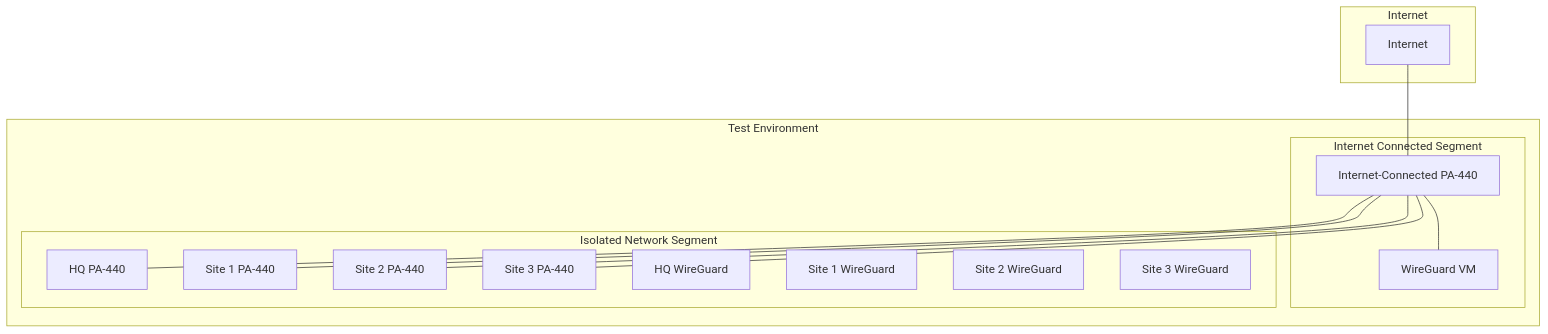
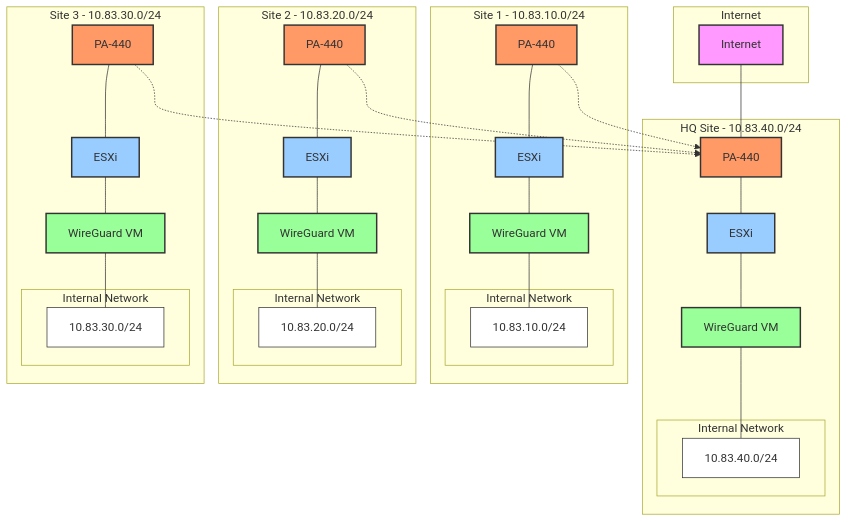
One commit to MarkusReadius/wireguard-pa440-vpn-guide changed the first of 5 diagrams in docs/05-testing-environment.md. Above: the diagram before and after it, drawn with Mermaid. The commit also changed other lines of this file and 3 other files, not shown here.

````diff
--- a/docs/05-testing-environment.md
+++ b/docs/05-testing-environment.md
@@ -7,31 +7,74 @@
 ```mermaid
 graph TB
     subgraph Internet
         inet[Internet]
     end
 
-    subgraph TestNetwork[Test Environment]
-        subgraph InternetConnected[Internet Connected Segment]
-            pa440_internet[Internet-Connected PA-440]
-            wg_internet[WireGuard VM]
-        end
-
-        subgraph IsolatedNetwork[Isolated Network Segment]
-            pa440_hq[HQ PA-440]
-            pa440_site1[Site 1 PA-440]
-            pa440_site2[Site 2 PA-440]
-            pa440_site3[Site 3 PA-440]
-            wg_hq[HQ WireGuard]
-            wg_site1[Site 1 WireGuard]
-            wg_site2[Site 2 WireGuard]
-            wg_site3[Site 3 WireGuard]
+    subgraph HQ[HQ Site - 10.83.40.0/24]
+        pa440_hq[PA-440]
+        esxi_hq[ESXi]
+        wg_hq[WireGuard VM]
+        subgraph HQ_Network[Internal Network]
+            hq_net[10.83.40.0/24]
         end
     end
 
-    inet --- pa440_internet
-    pa440_internet --- wg_internet
-    pa440_internet --- pa440_hq
-    pa440_internet --- pa440_site1
-    pa440_internet --- pa440_site2
-    pa440_internet --- pa440_site3
+    subgraph Site1[Site 1 - 10.83.10.0/24]
+        pa440_1[PA-440]
+        esxi_1[ESXi]
+        wg_1[WireGuard VM]
+        subgraph Site1_Network[Internal Network]
+            site1_net[10.83.10.0/24]
+        end
+    end
+
+    subgraph Site2[Site 2 - 10.83.20.0/24]
+        pa440_2[PA-440]
+        esxi_2[ESXi]
+        wg_2[WireGuard VM]
+        subgraph Site2_Network[Internal Network]
+            site2_net[10.83.20.0/24]
+        end
+    end
+
+    subgraph Site3[Site 3 - 10.83.30.0/24]
+        pa440_3[PA-440]
+        esxi_3[ESXi]
+        wg_3[WireGuard VM]
+        subgraph Site3_Network[Internal Network]
+            site3_net[10.83.30.0/24]
+        end
+    end
+
+    inet --- pa440_hq
+    pa440_1 -.-> pa440_hq
+    pa440_2 -.-> pa440_hq
+    pa440_3 -.-> pa440_hq
+
+    pa440_hq --- esxi_hq
+    pa440_1 --- esxi_1
+    pa440_2 --- esxi_2
+    pa440_3 --- esxi_3
+
+    esxi_hq --- wg_hq
+    esxi_1 --- wg_1
+    esxi_2 --- wg_2
+    esxi_3 --- wg_3
+
+    wg_hq --- hq_net
+    wg_1 --- site1_net
+    wg_2 --- site2_net
+    wg_3 --- site3_net
+
+    classDef internet fill:#f9f,stroke:#333,stroke-width:2px;
+    classDef firewall fill:#f96,stroke:#333,stroke-width:2px;
+    classDef esxi fill:#9cf,stroke:#333,stroke-width:2px;
+    classDef wireguard fill:#9f9,stroke:#333,stroke-width:2px;
+    classDef network fill:#fff,stroke:#333,stroke-width:1px;
+
+    class inet internet;
+    class pa440_hq,pa440_1,pa440_2,pa440_3 firewall;
+    class esxi_hq,esxi_1,esxi_2,esxi_3 esxi;
+    class wg_hq,wg_1,wg_2,wg_3 wireguard;
+    class hq_net,site1_net,site2_net,site3_net network;
 ```
````
